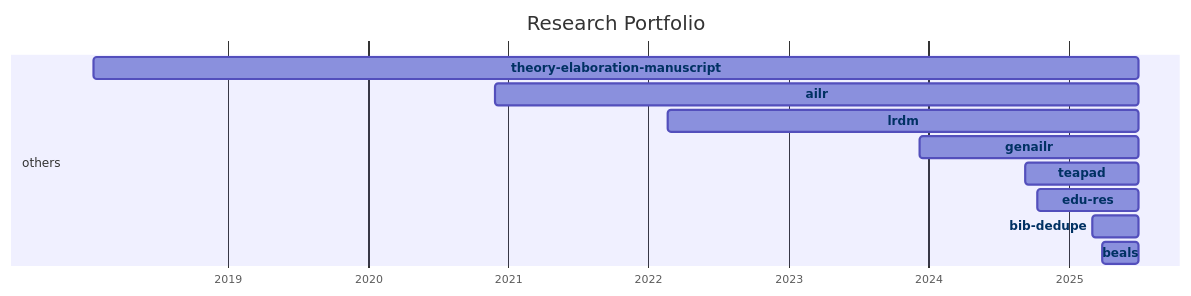
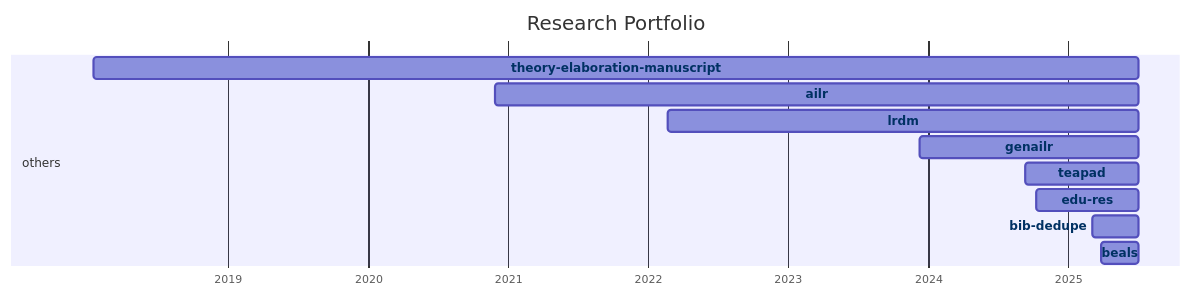
Before and after one commit to digital-work-lab/handbook: the diagram in docs/20-research/25-projects-gantt.md, drawn with Mermaid. The commit also changed 2 other files, not shown here.

Commit message:
Update repository overview

````diff
--- a/docs/20-research/25-projects-gantt.md
+++ b/docs/20-research/25-projects-gantt.md
@@ -8,35 +8,35 @@
 ```mermaid
 ---
 displayMode: compact
 ---
 gantt
 title Research Portfolio
 dateFormat YYYY-MM-DD
 axisFormat %Y
 
     section work_practices
 
     section distributed_organizing
 
     section knowledge_synthesis
 
     section others
-        beals :beals, 2025-03-28, 2025-07-02
-        bib-dedupe :bib-dedupe, 2025-03-04, 2025-07-02
-        edu-res :edu-res, 2024-10-10, 2025-07-02
-        teapad :teapad, 2024-09-10, 2025-07-02
-        genailr :genailr, 2023-12-10, 2025-07-02
-        lrdm :lrdm, 2022-02-20, 2025-07-02
-        ailr :ailr, 2020-11-26, 2025-07-02
-        theory-elaboration-manuscript :theory-elaboration-manuscript, 2018-01-15, 2025-07-02
+        beals :beals, 2025-03-28, 2025-07-03
+        bib-dedupe :bib-dedupe, 2025-03-04, 2025-07-03
+        edu-res :edu-res, 2024-10-10, 2025-07-03
+        teapad :teapad, 2024-09-10, 2025-07-03
+        genailr :genailr, 2023-12-10, 2025-07-03
+        lrdm :lrdm, 2022-02-20, 2025-07-03
+        ailr :ailr, 2020-11-26, 2025-07-03
+        theory-elaboration-manuscript :theory-elaboration-manuscript, 2018-01-15, 2025-07-03
 
 
     click beals href "{{ site.baseurl }}/docs/20-research/25-projects/_repos/beals"
     click bib-dedupe href "{{ site.baseurl }}/docs/20-research/25-projects/_repos/bib-dedupe"
     click edu-res href "{{ site.baseurl }}/docs/20-research/25-projects/_repos/edu-res"
     click teapad href "{{ site.baseurl }}/docs/20-research/25-projects/_repos/teapad"
     click genailr href "{{ site.baseurl }}/docs/20-research/25-projects/_repos/genailr"
     click lrdm href "{{ site.baseurl }}/docs/20-research/25-projects/_repos/lrdm"
     click ailr href "{{ site.baseurl }}/docs/20-research/25-projects/_repos/ailr"
     click theory-elaboration-manuscript href "{{ site.baseurl }}/docs/20-research/25-projects/_repos/theory-elaboration-manuscript"
 ```
````
